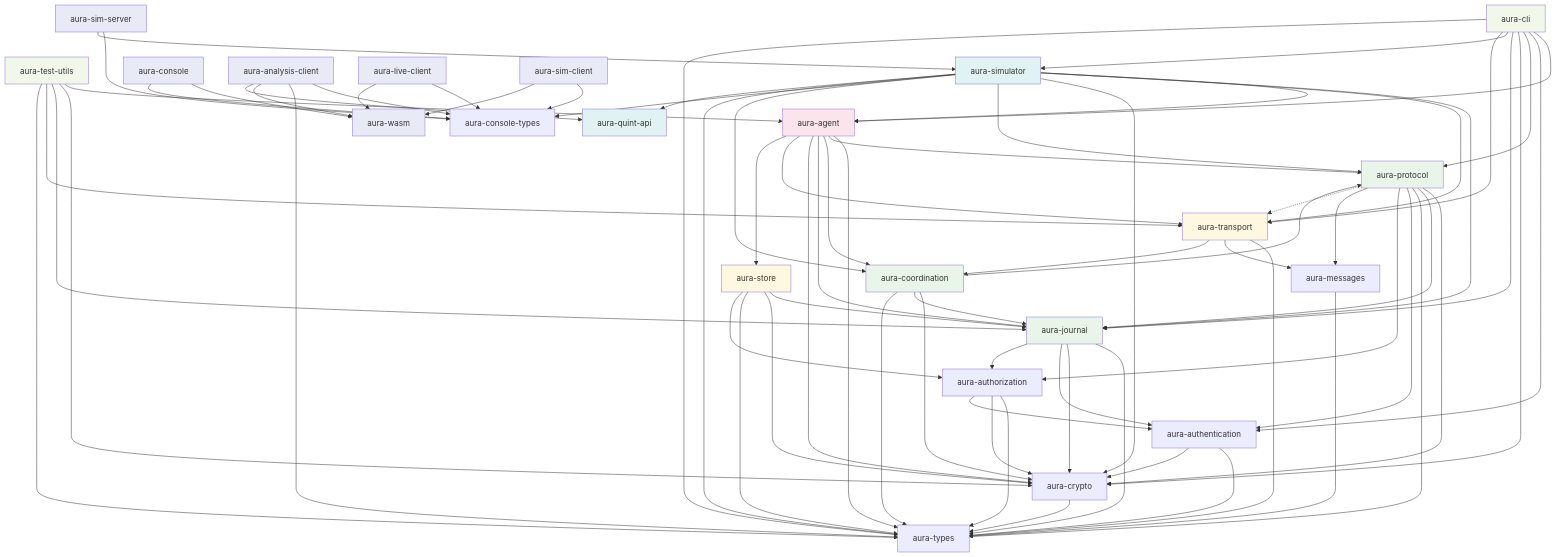
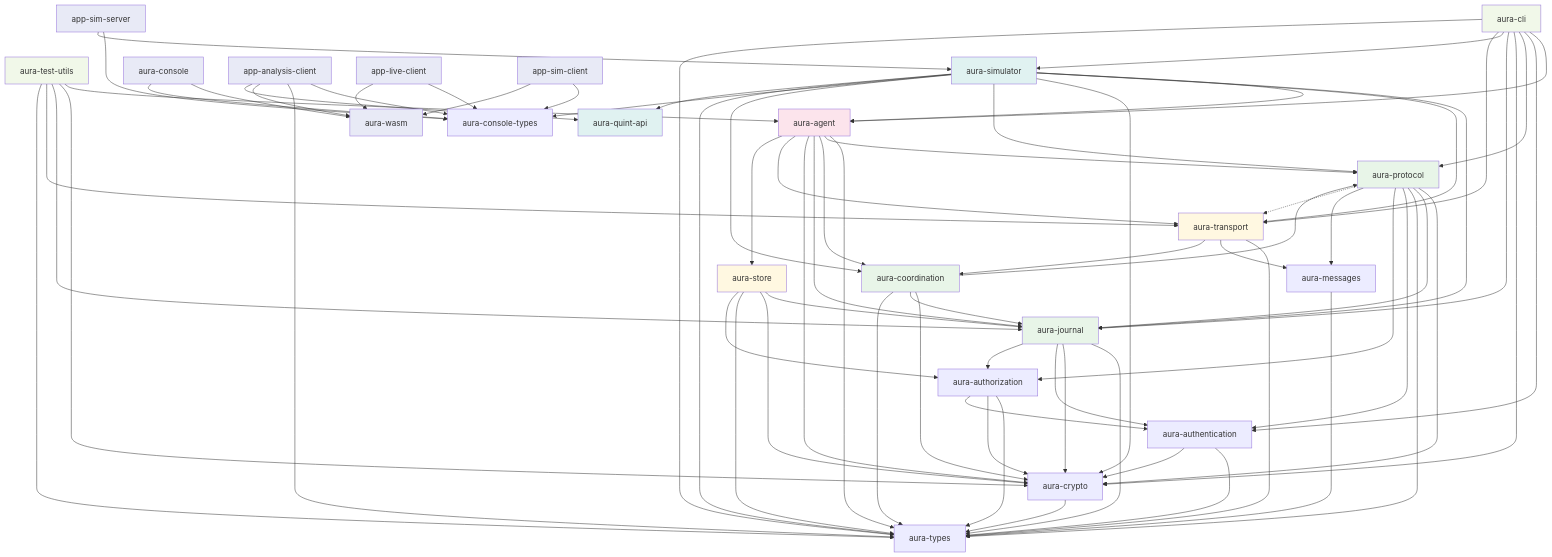
The first of 2 diagrams in docs/wiring.md (hxrts/aura), drawn with Mermaid before and after one commit. The commit also changed other lines of this file and 619 other files, not shown here.

```diff
--- a/docs/wiring.md
+++ b/docs/wiring.md
@@ -41,10 +41,10 @@
     %% WASM & Console
     aura_wasm[aura-wasm]
     console[aura-console]
-    analysis_client[aura-analysis-client]
-    live_client[aura-live-client]
-    sim_client[aura-sim-client]
-    sim_server[aura-sim-server]
+    analysis_client[app-analysis-client]
+    live_client[app-live-client]
+    sim_client[app-sim-client]
+    sim_server[app-sim-server]
     
     %% Dependencies
     messages --> types
```
